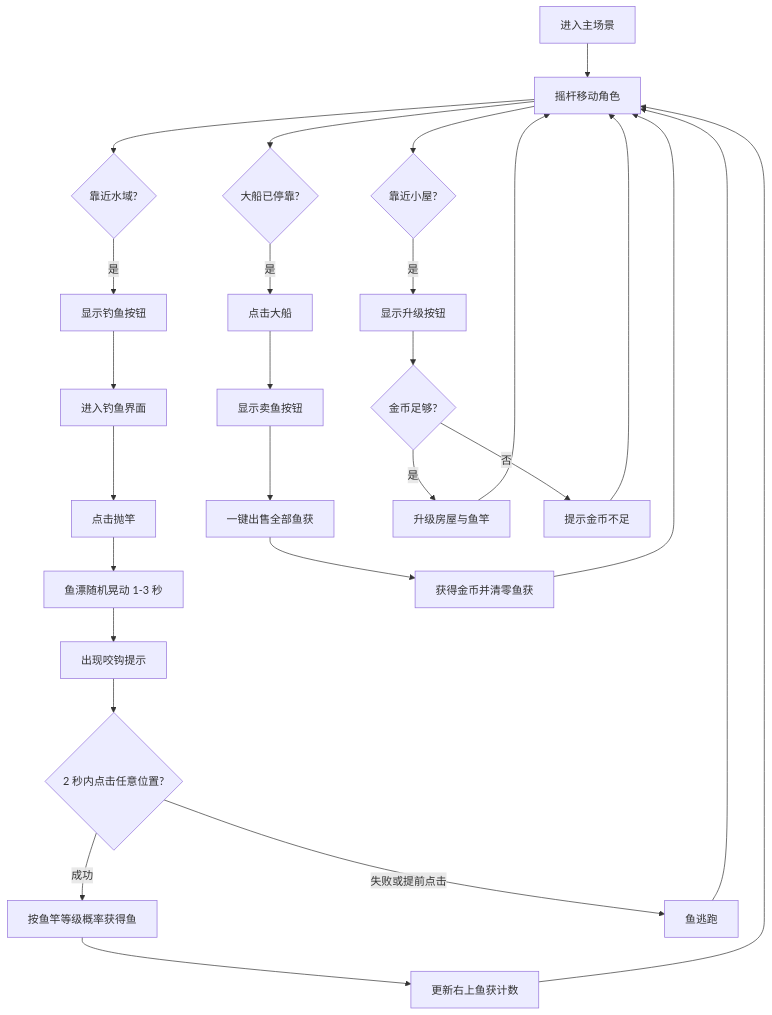
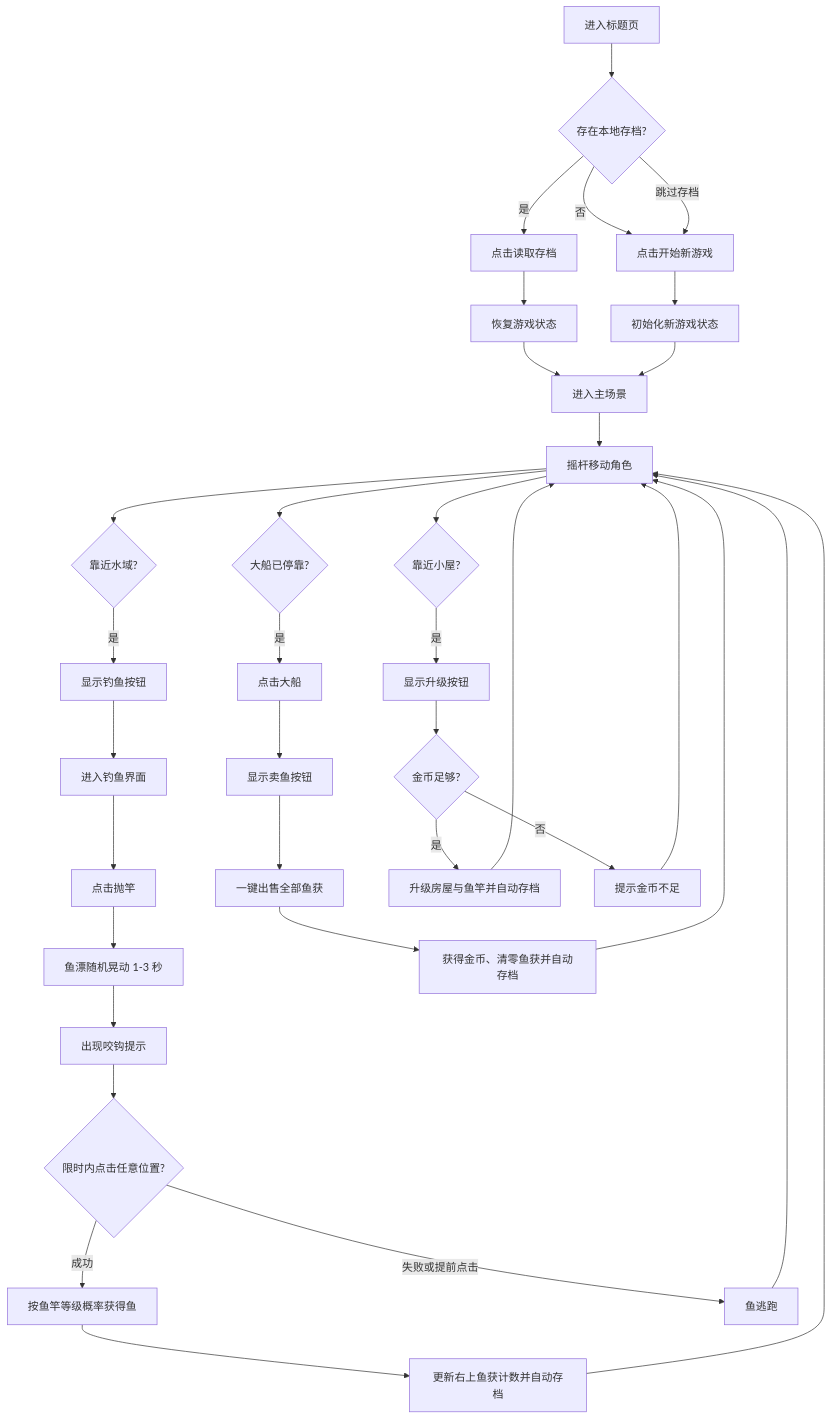
The diagram in .trae/documents/海岛钓鱼休闲游戏-产品需求文档.md (Allen-Wy/Amamiya-s-sky-Demo-v1.0), drawn with Mermaid before and after one commit. The commit also changed other lines of this file and 3 other files, not shown here.

````diff
--- a/.trae/documents/海岛钓鱼休闲游戏-产品需求文档.md
+++ b/.trae/documents/海岛钓鱼休闲游戏-产品需求文档.md
@@ -30,29 +32,37 @@
 ```mermaid
 flowchart TD
-  A["进入主场景"] --> B["摇杆移动角色"]
-  B --> C{"靠近水域?"}
-  C -- "是" --> D["显示钓鱼按钮"]
-  D --> E["进入钓鱼界面"]
-  E --> F["点击抛竿"]
-  F --> G["鱼漂随机晃动 1-3 秒"]
-  G --> H["出现咬钩提示"]
-  H --> I{"2 秒内点击任意位置?"}
-  I -- "成功" --> J["按鱼竿等级概率获得鱼"]
-  I -- "失败或提前点击" --> K["鱼逃跑"]
-  J --> L["更新右上鱼获计数"]
-  K --> B
-  L --> B
-  B --> M{"大船已停靠?"}
-  M -- "是" --> N["点击大船"]
-  N --> O["显示卖鱼按钮"]
-  O --> P["一键出售全部鱼获"]
-  P --> Q["获得金币并清零鱼获"]
-  Q --> B
-  B --> R{"靠近小屋?"}
-  R -- "是" --> S["显示升级按钮"]
-  S --> T{"金币足够?"}
-  T -- "是" --> U["升级房屋与鱼竿"]
-  T -- "否" --> V["提示金币不足"]
-  U --> B
-  V --> B
+  A["进入标题页"] --> B{"存在本地存档?"}
+  B -- "是" --> C["点击读取存档"]
+  B -- "否" --> D["点击开始新游戏"]
+  B -- "跳过存档" --> D
+  C --> E["恢复游戏状态"]
+  D --> F["初始化新游戏状态"]
+  E --> G["进入主场景"]
+  F --> G
+  G --> H["摇杆移动角色"]
+  H --> I{"靠近水域?"}
+  I -- "是" --> J["显示钓鱼按钮"]
+  J --> K["进入钓鱼界面"]
+  K --> L["点击抛竿"]
+  L --> M["鱼漂随机晃动 1-3 秒"]
+  M --> N["出现咬钩提示"]
+  N --> O{"限时内点击任意位置?"}
+  O -- "成功" --> P["按鱼竿等级概率获得鱼"]
+  O -- "失败或提前点击" --> Q["鱼逃跑"]
+  P --> R["更新右上鱼获计数并自动存档"]
+  Q --> H
+  R --> H
+  H --> S{"大船已停靠?"}
+  S -- "是" --> T["点击大船"]
+  T --> U["显示卖鱼按钮"]
+  U --> V["一键出售全部鱼获"]
+  V --> W["获得金币、清零鱼获并自动存档"]
+  W --> H
+  H --> X{"靠近小屋?"}
+  X -- "是" --> Y["显示升级按钮"]
+  Y --> Z{"金币足够?"}
+  Z -- "是" --> AA["升级房屋与鱼竿并自动存档"]
+  Z -- "否" --> AB["提示金币不足"]
+  AA --> H
+  AB --> H
 ```
````
